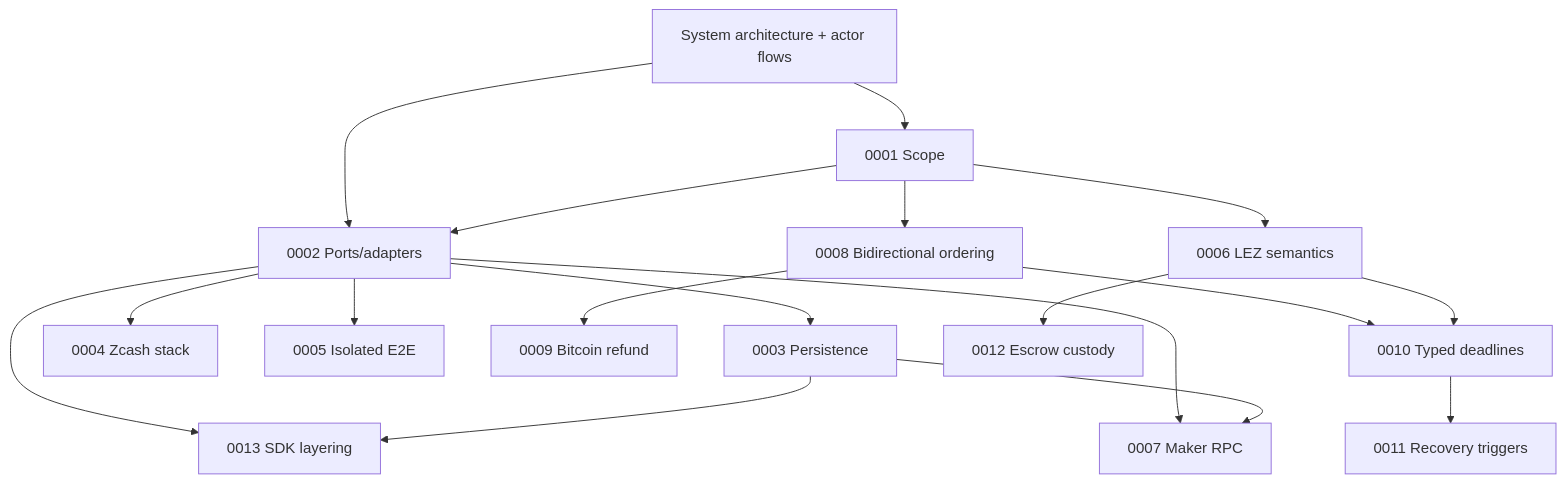
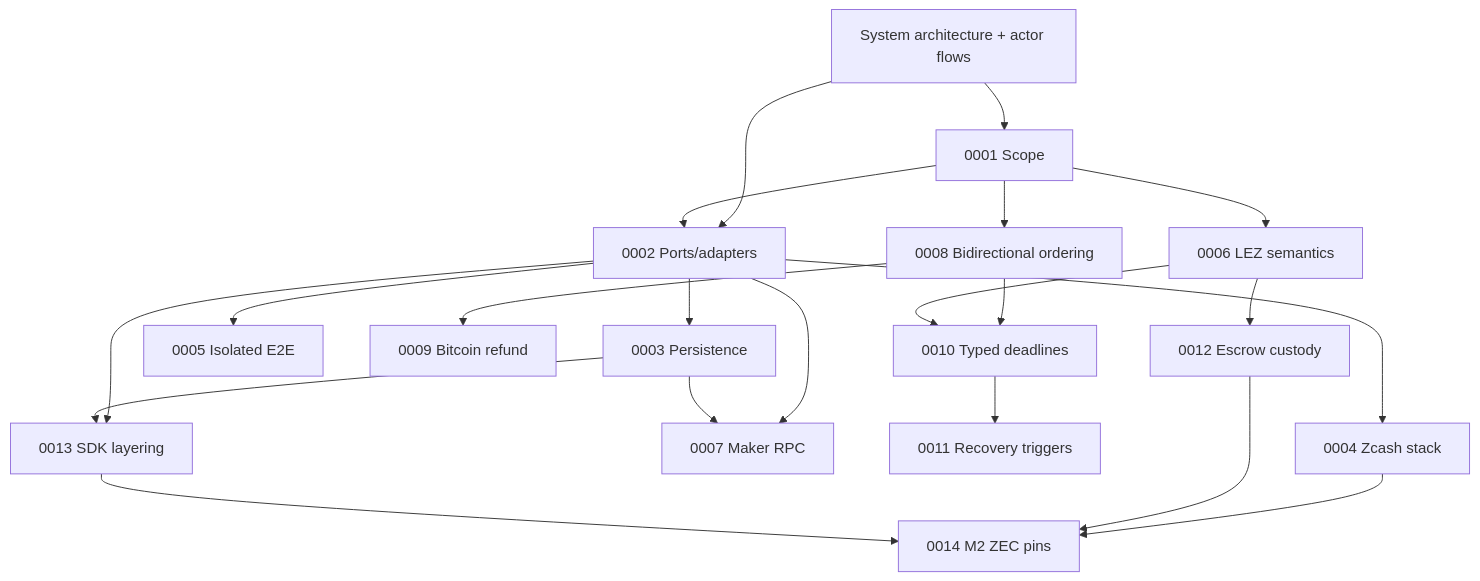
The diagram in docs/architecture/README.md (gateway-fm/lez-atomic-swaps), drawn with Mermaid before and after one commit. The commit also changed other lines of this file and 3 other files, not shown here.

````diff
--- a/docs/architecture/README.md
+++ b/docs/architecture/README.md
@@ -12,20 +12,23 @@
 ```mermaid
 flowchart TB
     System["System architecture + actor flows"] --> Scope["0001 Scope"]
     System --> Ports["0002 Ports/adapters"]
     Scope --> Ports
     Ports --> Persistence["0003 Persistence"]
     Ports --> Zcash["0004 Zcash stack"]
     Ports --> Docker["0005 Isolated E2E"]
     Scope --> LEZ["0006 LEZ semantics"]
     Ports --> RPC["0007 Maker RPC"]
     Scope --> Direction["0008 Bidirectional ordering"]
     Direction --> Bitcoin["0009 Bitcoin refund"]
     Direction --> Deadlines["0010 Typed deadlines"]
     LEZ --> Deadlines
     Deadlines --> Recovery["0011 Recovery triggers"]
     LEZ --> Custody["0012 Escrow custody"]
     Ports --> SDK["0013 SDK layering"]
+    Zcash --> ZecPins["0014 M2 ZEC pins"]
+    Custody --> ZecPins
+    SDK --> ZecPins
     Persistence --> SDK
     Persistence --> RPC
 ```
````
